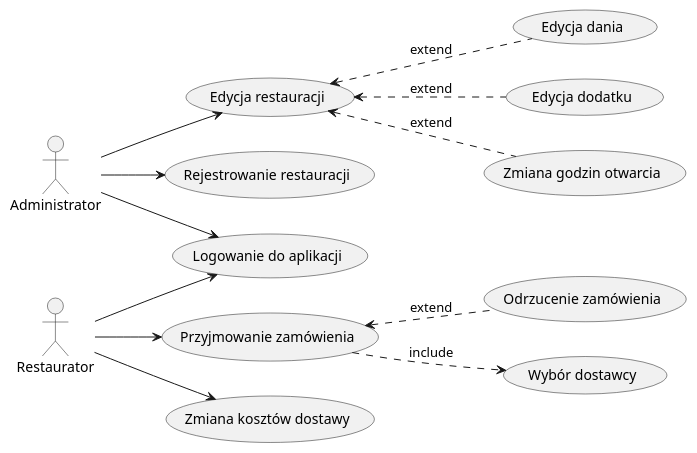
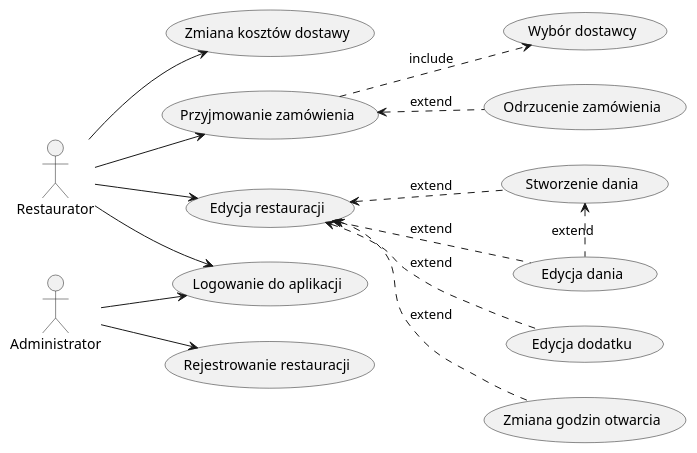
The diagram in docs/usecase_diagram_res.md (amelinium23/food-ordering-and-delivering-service), drawn with PlantUML before and after one commit. The commit also changed 4 other files, not shown here.

Commit message:
Diagrams fixed!

````diff
--- a/docs/usecase_diagram_res.md
+++ b/docs/usecase_diagram_res.md
@@ -1,32 +1,35 @@
 ```plantuml
 @startuml usecase
 left to right direction
 
 actor Restaurator as Res
 actor Administrator as Ad
 
 usecase "Logowanie do aplikacji" as uc1
 usecase "Edycja restauracji" as uc2
 usecase "Wybór dostawcy" as uc3
 usecase "Rejestrowanie restauracji" as uc4
 usecase "Zmiana kosztów dostawy" as uc5
 usecase "Przyjmowanie zamówienia" as uc6
 usecase "Odrzucenie zamówienia" as uc7
 usecase "Edycja dania" as uc8
 usecase "Edycja dodatku" as uc9
 usecase "Zmiana godzin otwarcia" as uc11
+usecase "Stworzenie dania" as uc12
 
 Ad --> uc4
-Ad --> uc2
 Ad --> uc1
 (uc6) ..> (uc3) : include
 (uc6) <.. (uc7) : extend
 Res --> uc1
 Res --> uc6
 Res --> uc5
+Res --> uc2
 (uc2) <.. (uc8) : extend
 (uc2) <.. (uc9) : extend
 (uc2) <.. (uc11) : extend
+(uc2) <.. (uc12) : extend
+(uc12) <. (uc8) : extend
 
 @enduml
 ```
````
